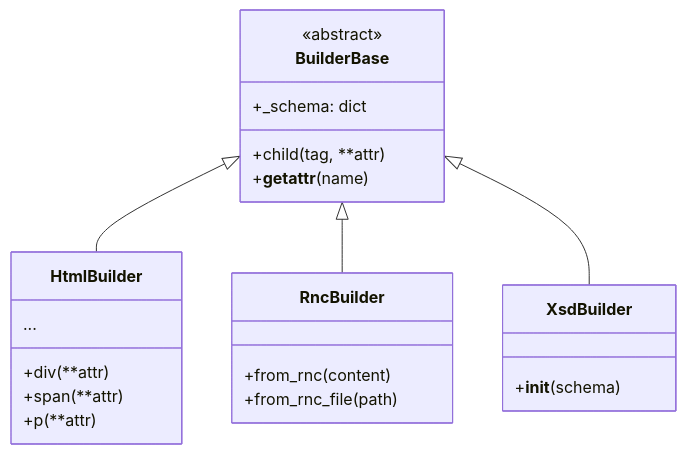
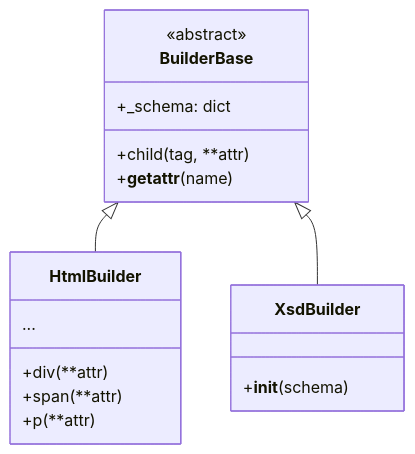
The third of 4 diagrams in docs/api/builders.md (genropy/genro-treestore), drawn with Mermaid before and after one commit. The commit also changed other lines of this file and 17 other files, not shown here.

First line of the commit message:
refactor: replace RNC parser with pre-compiled MessagePack schema

````diff
--- a/docs/api/builders.md
+++ b/docs/api/builders.md
@@ -140,29 +102,23 @@
 ```{mermaid}
 classDiagram
     class BuilderBase {
         <<abstract>>
         +_schema: dict
         +child(tag, **attr)
         +__getattr__(name)
     }
 
     class HtmlBuilder {
         +div(**attr)
         +span(**attr)
         +p(**attr)
         ...
     }
 
-    class RncBuilder {
-        +from_rnc(content)
-        +from_rnc_file(path)
-    }
-
     class XsdBuilder {
         +__init__(schema)
     }
 
     BuilderBase <|-- HtmlBuilder
-    BuilderBase <|-- RncBuilder
     BuilderBase <|-- XsdBuilder
 ```
````
